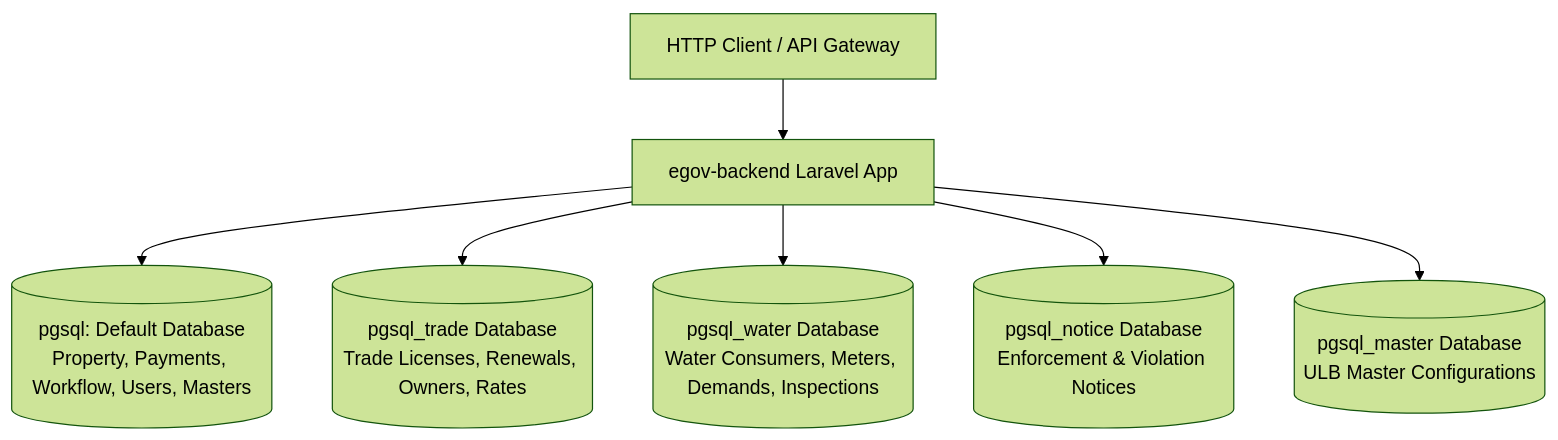
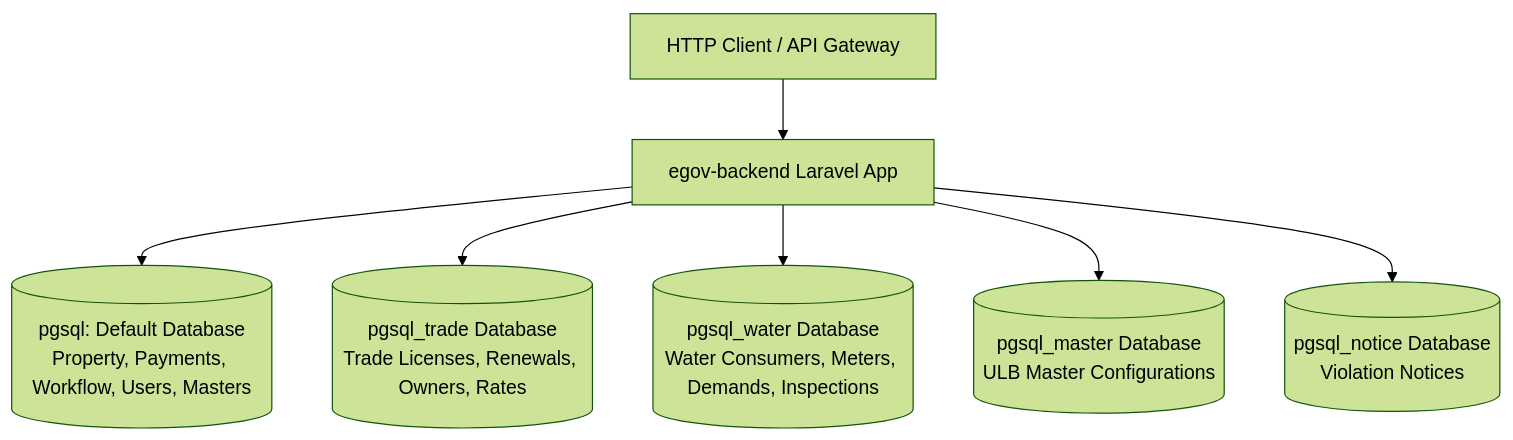
The diagram in docs/project-kt/phase-1-discovery/project-structure.md (animesh-aadrika/data-analysis), drawn with Mermaid (forest theme) before and after one commit. The commit also changed other lines of this file and 10 other files, not shown here.

````diff
--- a/docs/project-kt/phase-1-discovery/project-structure.md
+++ b/docs/project-kt/phase-1-discovery/project-structure.md
@@ -176,9 +185,9 @@
 ```mermaid
 graph TD
     Client[HTTP Client / API Gateway] --> Laravel[egov-backend Laravel App]
     Laravel --> DB_Core[(pgsql: Default Database<br/>Property, Payments, Workflow, Users, Masters)]
     Laravel --> DB_Trade[(pgsql_trade Database<br/>Trade Licenses, Renewals, Owners, Rates)]
     Laravel --> DB_Water[(pgsql_water Database<br/>Water Consumers, Meters, Demands, Inspections)]
-    Laravel --> DB_Notice[(pgsql_notice Database<br/>Enforcement & Violation Notices)]
     Laravel --> DB_Master[(pgsql_master Database<br/>ULB Master Configurations)]
+    Laravel --> DB_Notice[(pgsql_notice Database<br/>Violation Notices)]
 ```
````
